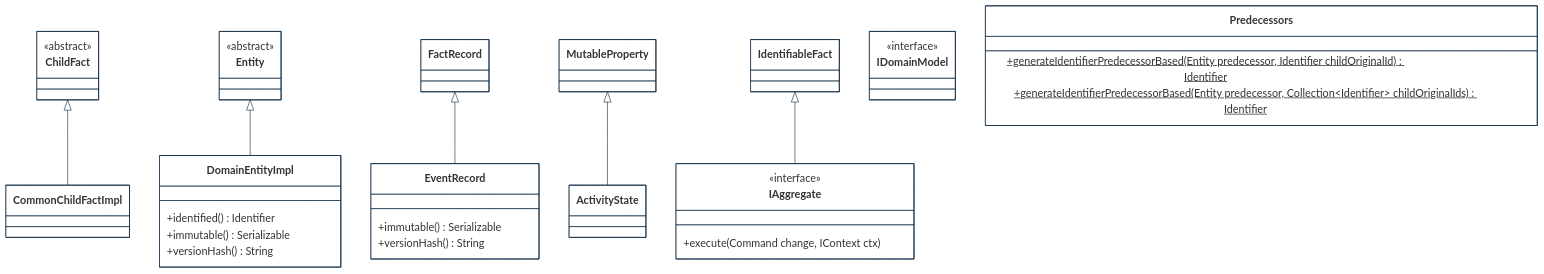
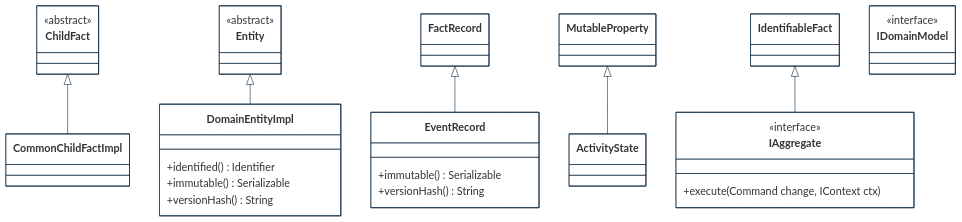
Before and after one commit to cybnity/foundation: the second of 6 diagrams in implementations-line/framework/domain/designview-packages.md, drawn with Mermaid. The commit also changed other lines of this file, not shown here.

````diff
--- a/implementations-line/framework/domain/designview-packages.md
+++ b/implementations-line/framework/domain/designview-packages.md
@@ -55,53 +60,49 @@
 ```mermaid
 %%{
   init: {
     'theme': 'base',
     'themeVariables': {
         'background': '#ffffff',
         'fontFamily': 'arial',
         'fontSize': '18px',
         'primaryColor': '#fff',
         'primaryBorderColor': '#0e2a43',
         'secondaryBorderColor': '#0e2a43',
         'tertiaryBorderColor': '#0e2a43',
         'edgeLabelBackground':'#0e2a43',
         'lineColor': '#0e2a43',
         'tertiaryColor': '#fff'
     }
   }
 }%%
 classDiagram
     ChildFact <|-- CommonChildFactImpl
     Entity <|-- DomainEntityImpl
     FactRecord <|-- EventRecord
     MutableProperty <|-- ActivityState
     IdentifiableFact <|-- IAggregate
 
     class IAggregate {
         <<interface>>
         +execute(Command change, IContext ctx)
     }
     class Entity {
         <<abstract>>
     }
     class DomainEntityImpl {
         +identified() Identifier
         +immutable() Serializable
         +versionHash() String
     }
     class ChildFact {
         <<abstract>>
     }
     class EventRecord {
         +immutable() Serializable
         +versionHash() String
     }
     class IDomainModel {
         <<interface>>
     }
-    class Predecessors {
-        +generateIdentifierPredecessorBased(Entity predecessor, Identifier childOriginalId)$ Identifier
-        +generateIdentifierPredecessorBased(Entity predecessor, Collection~Identifier~ childOriginalIds)$ Identifier
-    }
 
 ```
````
